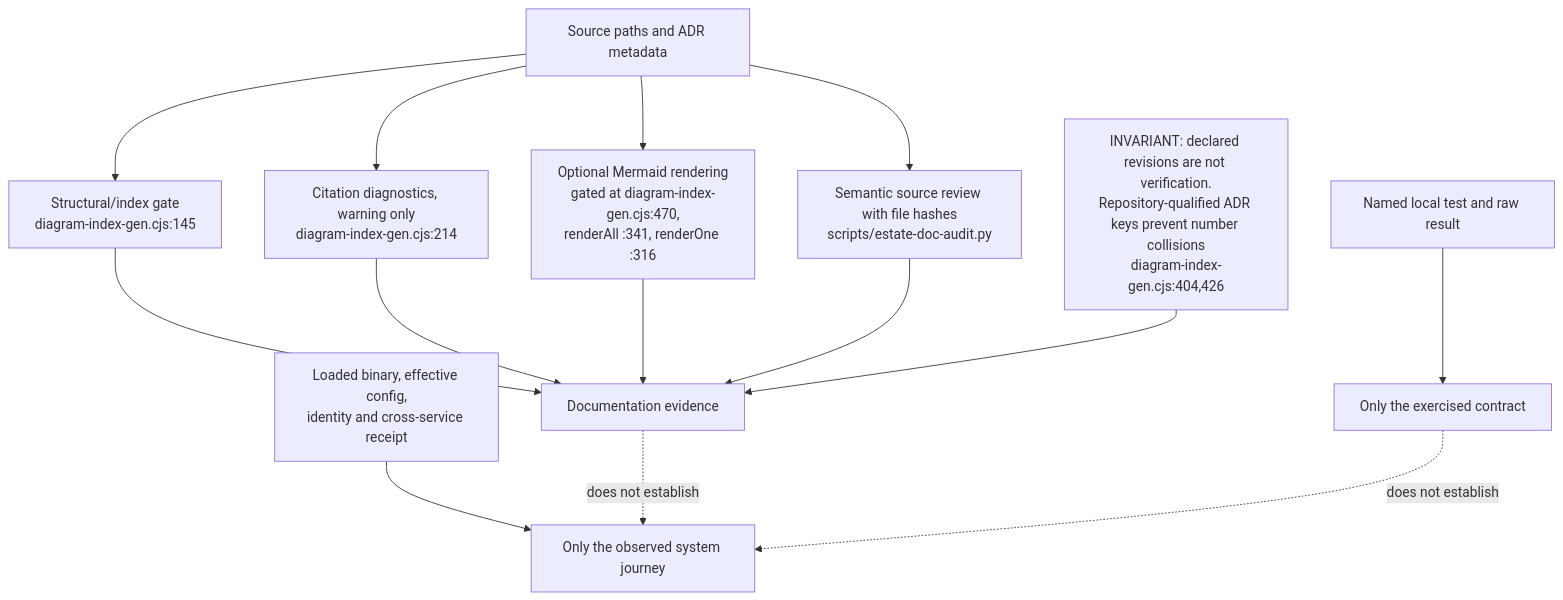
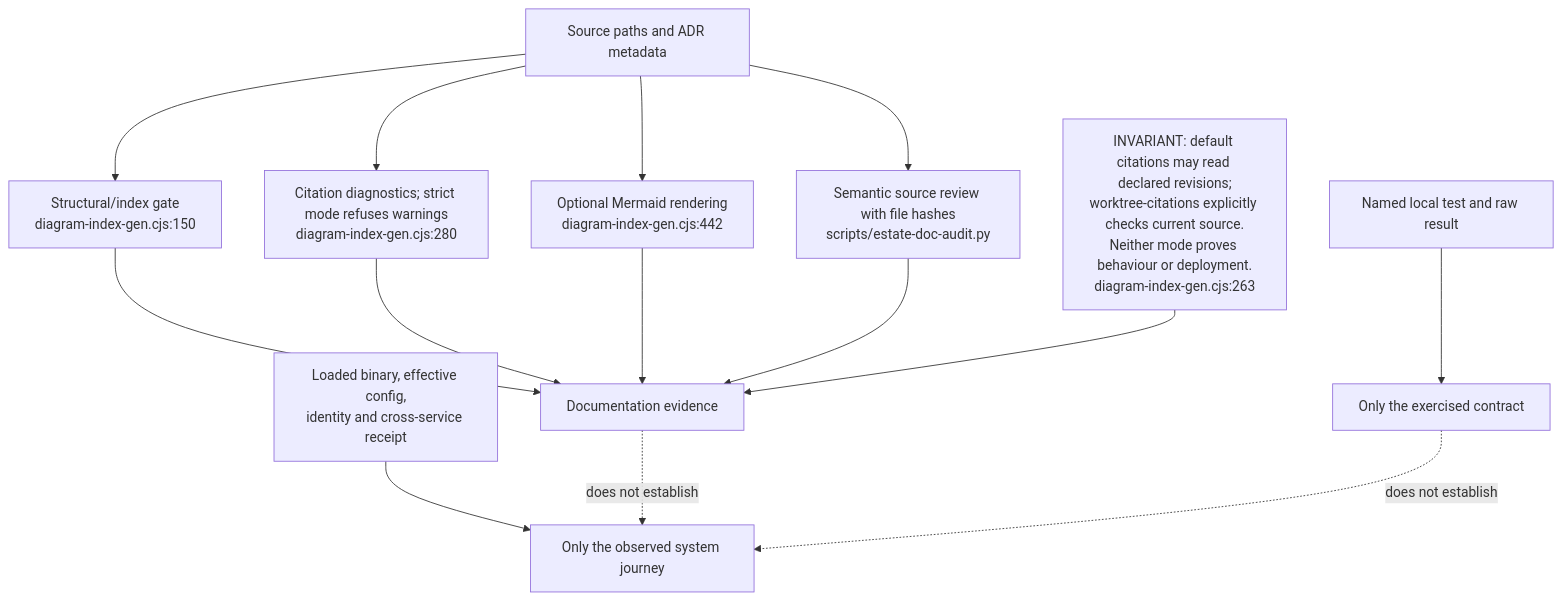
The fifth of 5 diagrams in docs/diagrams/estate/90-evidence-and-supporting-repositories.md (DreamLab-AI/VisionFlow), drawn with Mermaid before and after one commit. The commit also changed other lines of this file and 52 other files, not shown here.

First line of the commit message:
docs(diagrams): wave 3 checkpoint — bare line refs resolved, revision-pinned cite-check, VC-05/AB-01..13 re-attested

````diff
--- a/docs/diagrams/estate/90-evidence-and-supporting-repositories.md
+++ b/docs/diagrams/estate/90-evidence-and-supporting-repositories.md
@@ -88,16 +89,16 @@
 ```mermaid
 flowchart TB
-    F["Source paths and ADR metadata"] --> G["Structural/index gate<br/>diagram-index-gen.cjs:145"]
-    F --> C["Citation diagnostics, warning only<br/>diagram-index-gen.cjs:214"]
-    F --> R["Optional Mermaid rendering<br/>gated at diagram-index-gen.cjs:470,<br/>renderAll :341, renderOne :316"]
+    F["Source paths and ADR metadata"] --> G["Structural/index gate<br/>diagram-index-gen.cjs:150"]
+    F --> C["Citation diagnostics; strict mode refuses warnings<br/>diagram-index-gen.cjs:280"]
+    F --> R["Optional Mermaid rendering<br/>diagram-index-gen.cjs:442"]
     F --> S["Semantic source review with file hashes<br/>scripts/estate-doc-audit.py"]
     G --> DOC["Documentation evidence"]
     C --> DOC
     R --> DOC
     S --> DOC
     TEST["Named local test and raw result"] --> LOCAL["Only the exercised contract"]
     RUN["Loaded binary, effective config,<br/>identity and cross-service receipt"] --> ACCEPT["Only the observed system journey"]
     DOC -.->|"does not establish"| ACCEPT
     LOCAL -.->|"does not establish"| ACCEPT
-    NOTE["INVARIANT: declared revisions are not verification.<br/>Repository-qualified ADR keys prevent number collisions<br/>diagram-index-gen.cjs:404,426"] --> DOC
+    NOTE["INVARIANT: default citations may read declared revisions;<br/>worktree-citations explicitly checks current source.<br/>Neither mode proves behaviour or deployment.<br/>diagram-index-gen.cjs:263"] --> DOC
 ```
````
